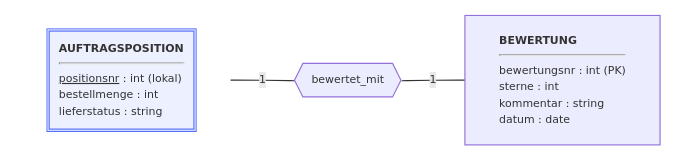
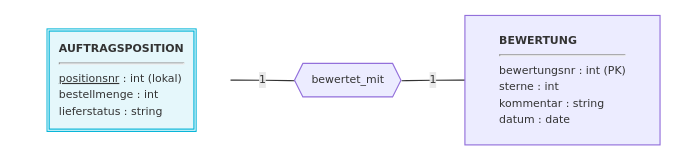
The tenth of 11 diagrams in docs/02-theoriephase/termin-01/block-01.md (christoecker/Kurs_3019_Datenbanken), drawn with Mermaid before and after one commit. The commit also changed other lines of this file and 4 other files, not shown here.

````diff
--- a/docs/02-theoriephase/termin-01/block-01.md
+++ b/docs/02-theoriephase/termin-01/block-01.md
@@ -425,10 +449,10 @@
     ```mermaid
     %%{init: {'themeVariables': {'fontSize': '0.6rem'}}}%%
     graph LR
-    AUFTRAGSPOSITION["<div style='text-align:left; font-size: 0.6rem; border: 3px double rgb(82, 108, 254); background: rgba(82, 108, 254, 0.1); padding: 8px;'><b>AUFTRAGSPOSITION</b><hr/><u>positionsnr</u> : int (lokal)<br/>bestellmenge : int<br/>lieferstatus : string</div>"]
+    AUFTRAGSPOSITION["<div style='text-align:left; font-size: 0.6rem; border: 3px double rgb(0, 180, 216); background: rgba(0, 180, 216, 0.1); padding: 8px;'><b>AUFTRAGSPOSITION</b><hr/><u>positionsnr</u> : int (lokal)<br/>bestellmenge : int<br/>lieferstatus : string</div>"]
     style AUFTRAGSPOSITION fill:transparent,stroke:none
     BEWERTUNG["<div style='text-align:left; font-size: 0.6rem;'><b>BEWERTUNG</b><hr/>bewertungsnr : int (PK)<br/>sterne : int<br/>kommentar : string<br/>datum : date</div>"]
     bewertet_mit{{bewertet_mit}}
     AUFTRAGSPOSITION -- "1" --- bewertet_mit
     bewertet_mit -- "1" --- BEWERTUNG
     ```
````
